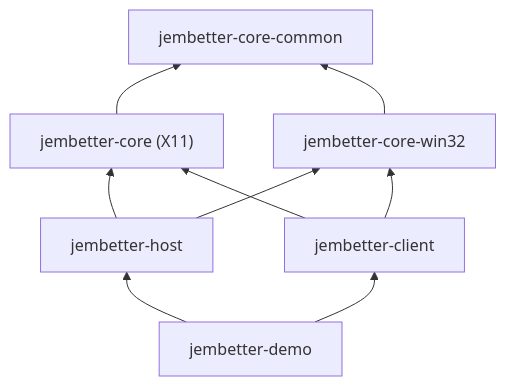
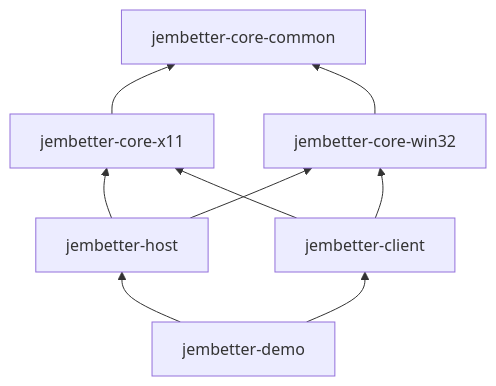
One commit to loplex/jembetter changed the diagram in docs/architecture.md. Above: the diagram before and after it, drawn with Mermaid. The commit also changed other lines of this file and 59 other files, not shown here.

First line of the commit message:
Rename jembetter-core module to jembetter-core-x11

````diff
--- a/docs/architecture.md
+++ b/docs/architecture.md
@@ -30,18 +30,18 @@
 ```mermaid
 graph BT
     common["jembetter-core-common"]
-    core["jembetter-core (X11)"]
+    core["jembetter-core-x11"]
     win32["jembetter-core-win32"]
     host["jembetter-host"]
     client["jembetter-client"]
     demo["jembetter-demo"]
 
     core --> common
     win32 --> common
     host --> core
     host --> win32
     client --> core
     client --> win32
     demo --> host
     demo --> client
 ```
````
